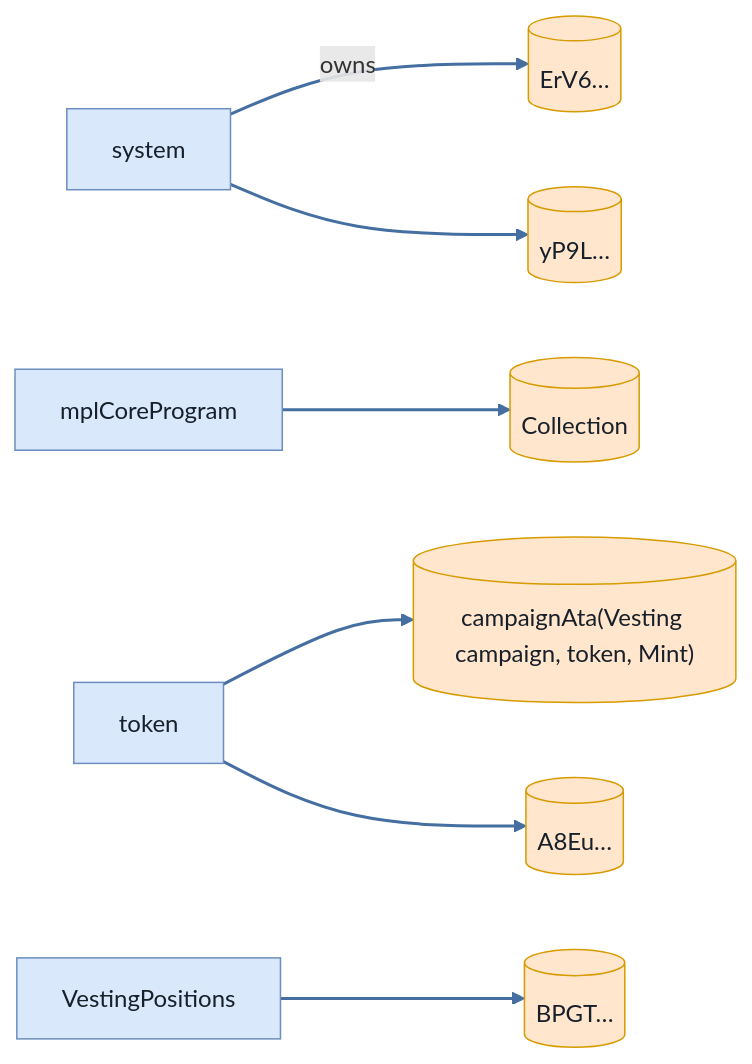
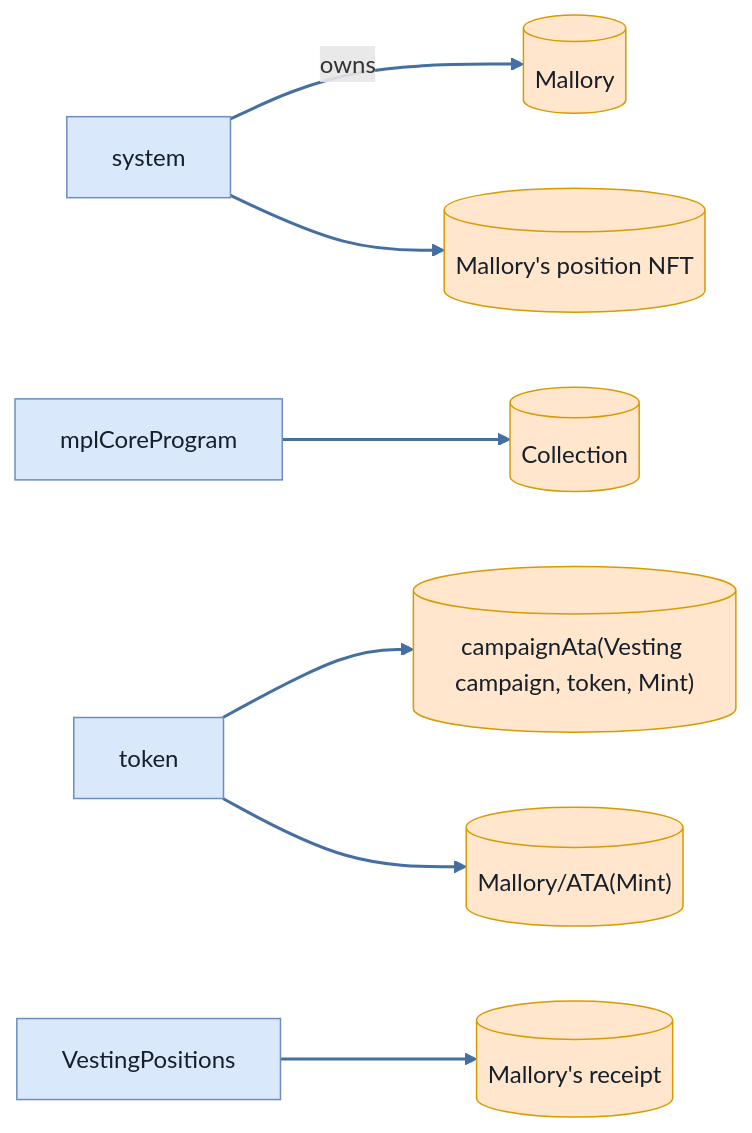
One commit to cds-turbin3/vesting-position changed the sixth of 6 diagrams in babelfish-tests/test-report/scenario_5_unwhitelisted_user_fails.md. Above: the diagram before and after it, drawn with Mermaid. The commit also changed other lines of this file and 62 other files, not shown here.

````diff
--- a/babelfish-tests/test-report/scenario_5_unwhitelisted_user_fails.md
+++ b/babelfish-tests/test-report/scenario_5_unwhitelisted_user_fails.md
@@ -280,23 +279,23 @@
 ```mermaid
 flowchart LR
     system["system"]:::program
-    ErV6[("ErV6…")]:::state
+    Mallory[("Mallory")]:::state
     mplCoreProgram["mplCoreProgram"]:::program
     Collection[("Collection")]:::state
     token["token"]:::program
     campaignAtaVestingcampaigntokenMint[("campaignAta(Vesting campaign, token, Mint)")]:::state
-    A8Eu[("A8Eu…")]:::state
-    yP9L[("yP9L…")]:::state
+    MalloryATAMint[("Mallory/ATA(Mint)")]:::state
+    MalloryspositionNFT[("Mallory's position NFT")]:::state
     VestingPositions["VestingPositions"]:::program
-    BPGT[("BPGT…")]:::state
-    system -->|owns| ErV6
+    Mallorysreceipt[("Mallory's receipt")]:::state
+    system -->|owns| Mallory
     mplCoreProgram --> Collection
     token --> campaignAtaVestingcampaigntokenMint
-    token --> A8Eu
-    system --> yP9L
-    VestingPositions --> BPGT
+    token --> MalloryATAMint
+    system --> MalloryspositionNFT
+    VestingPositions --> Mallorysreceipt
     classDef program fill:#dae8fc,stroke:#6c8ebf,color:#17202a;
     classDef signer fill:#d5e8d4,stroke:#82b366,color:#17202a;
     classDef state fill:#ffe6cc,stroke:#d79b00,color:#17202a;
     linkStyle 0,1,2,3,4,5 stroke:#456ea1,stroke-width:2px
 ```
````
